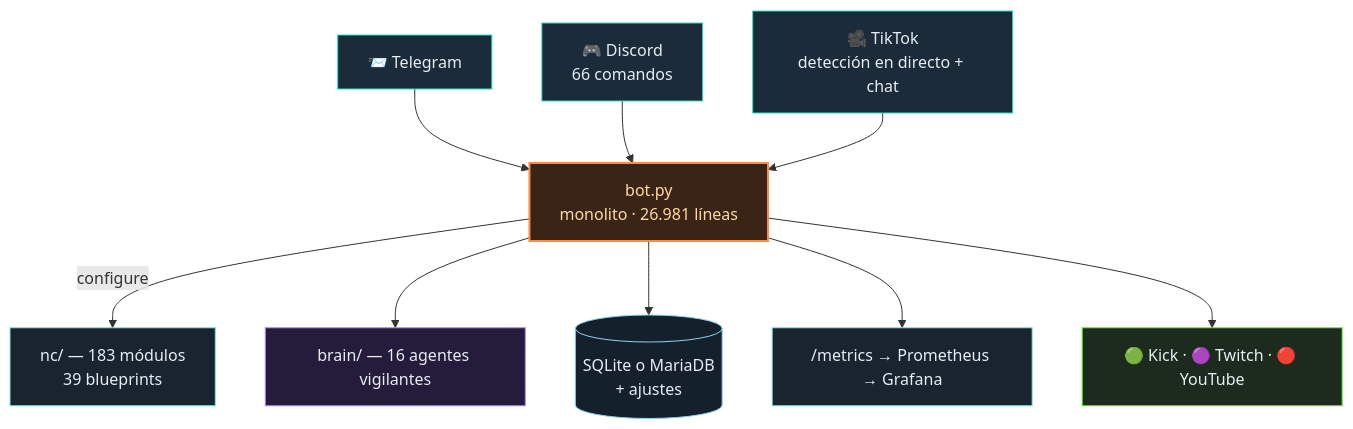
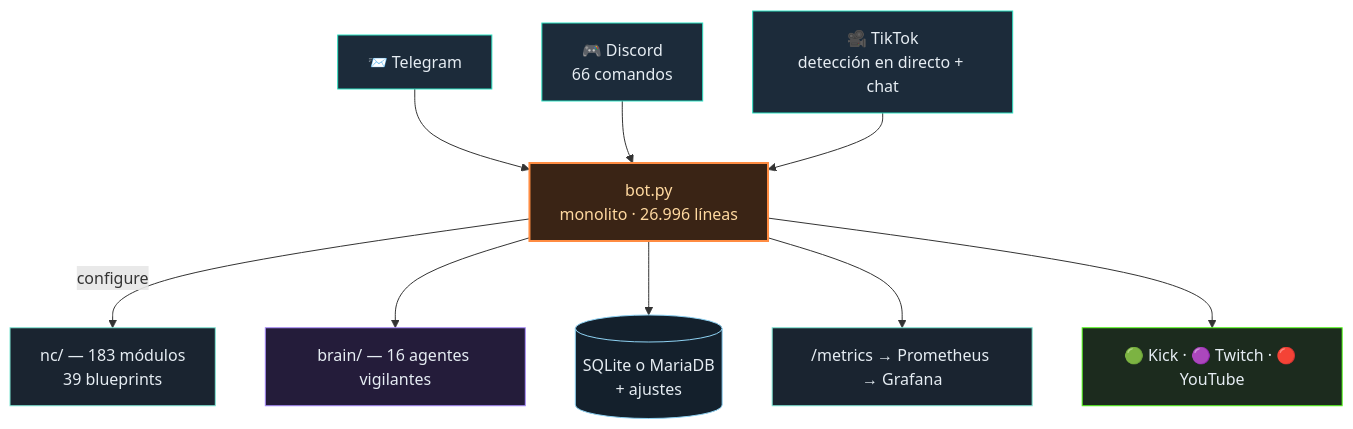
Before and after one commit to itsamemedev/Telegram-Stream-Info-Bot: the diagram in README.es.md, drawn with Mermaid. The commit also changed 10 other files, not shown here.

````diff
--- a/README.es.md
+++ b/README.es.md
@@ -64,18 +64,18 @@
 ```mermaid
 flowchart TB
     TG["📨 Telegram"]:::ein --> BOT
     DC["🎮 Discord<br/>66 comandos"]:::ein --> BOT
     TT["🎥 TikTok<br/>detección en directo + chat"]:::ein --> BOT
-    BOT["bot.py<br/>monolito · 26.981 líneas"]:::core
+    BOT["bot.py<br/>monolito · 26.996 líneas"]:::core
     BOT -->|configure| NC["nc/ — 183 módulos<br/>39 blueprints"]:::lib
     BOT --> BRAIN["brain/ — 16 agentes vigilantes"]:::brain
     BOT --> DB[("SQLite o MariaDB<br/>+ ajustes")]:::db
     BOT --> PROM["/metrics → Prometheus → Grafana"]:::lib
     BOT --> OUT["🟢 Kick · 🟣 Twitch · 🔴 YouTube"]:::out
     classDef ein fill:#1c2b3a,stroke:#2de1c2,color:#e6edf3
     classDef core fill:#3a2415,stroke:#ff8c42,stroke-width:2px,color:#ffd9a0
     classDef lib fill:#1a2430,stroke:#7fe7d4,color:#e6edf3
     classDef brain fill:#241c3a,stroke:#a78bfa,color:#e6edf3
     classDef db fill:#14202c,stroke:#8fd3f4,color:#e6edf3
     classDef out fill:#1c2b1e,stroke:#53fc18,color:#e6edf3
 ```
````
